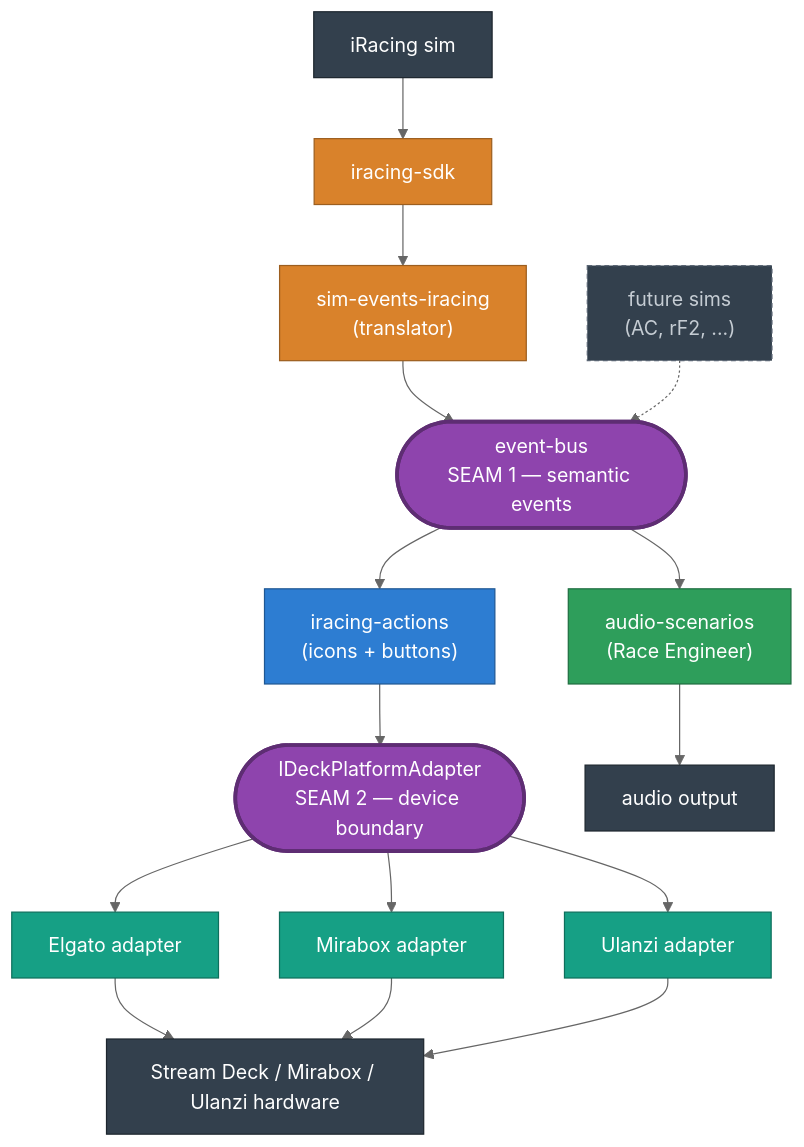
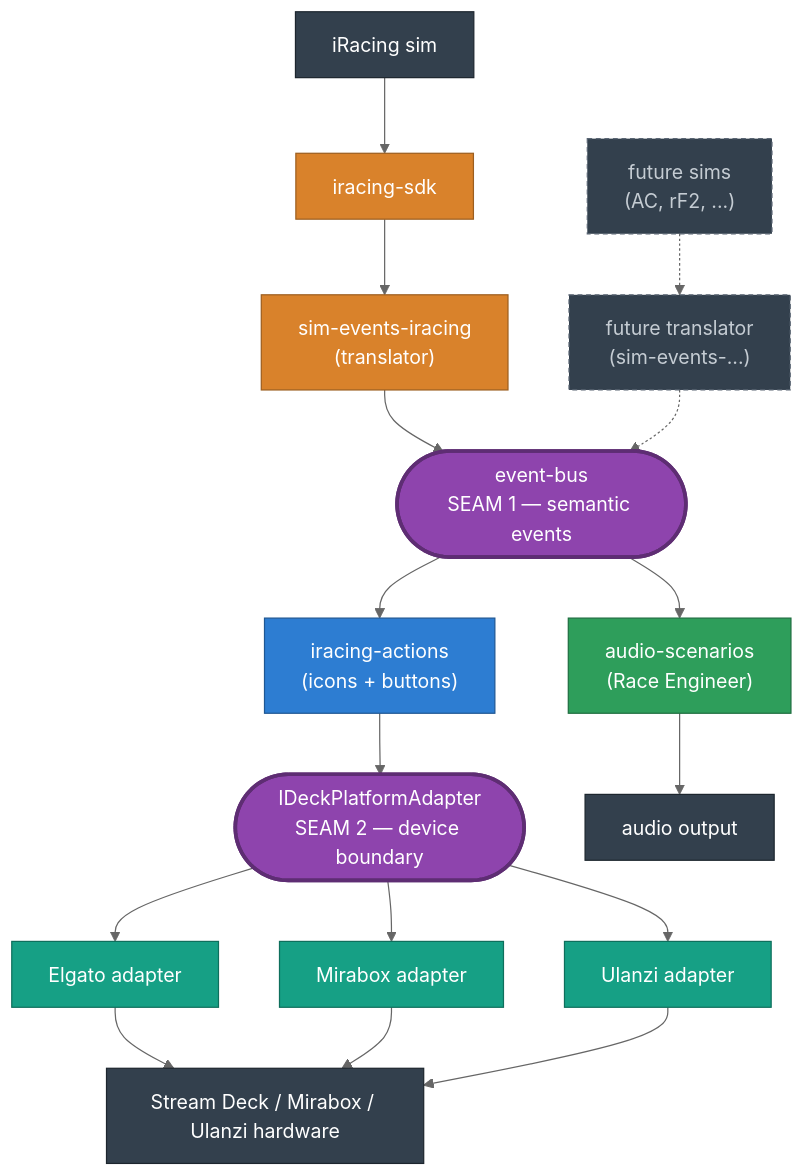
The first of 5 diagrams in packages/website/src/content/docs/docs/development/architecture.md (niklam/iracedeck), drawn with Mermaid (neutral theme) before and after one commit.

Commit message:
docs(website): route future-sims through a placeholder translator in the overview diagram (#712)

````diff
--- a/packages/website/src/content/docs/docs/development/architecture.md
+++ b/packages/website/src/content/docs/docs/development/architecture.md
@@ -12,39 +12,41 @@
 ```mermaid
 flowchart TB
   ir["iRacing sim"]:::ext
   future["future sims<br/>(AC, rF2, ...)"]:::ghost
+  futureTrans["future translator<br/>(sim-events-...)"]:::ghost
   sdk["iracing-sdk"]:::sim
   trans["sim-events-iracing<br/>(translator)"]:::sim
   bus(["event-bus<br/>SEAM 1 — semantic events"]):::seam
   actions["iracing-actions<br/>(icons + buttons)"]:::core
   re["audio-scenarios<br/>(Race Engineer)"]:::audio
   adapter(["IDeckPlatformAdapter<br/>SEAM 2 — device boundary"]):::seam
   elg["Elgato adapter"]:::adp
   mir["Mirabox adapter"]:::adp
   ula["Ulanzi adapter"]:::adp
   deck["Stream Deck / Mirabox / Ulanzi hardware"]:::ext
   spk["audio output"]:::ext
 
   ir --> sdk
   sdk --> trans
   trans --> bus
-  future -.-> bus
+  future -.-> futureTrans
+  futureTrans -.-> bus
   bus --> actions
   bus --> re
   actions --> adapter
   adapter --> elg
   adapter --> mir
   adapter --> ula
   elg --> deck
   mir --> deck
   ula --> deck
   re --> spk
 
   classDef ext fill:#33404d,color:#fff,stroke:#1d262e;
   classDef ghost fill:#33404d,color:#c5ccd3,stroke:#5a6573,stroke-dasharray:4 3;
   classDef sim fill:#d9822b,color:#fff,stroke:#9c5e1f;
   classDef seam fill:#8e44ad,color:#fff,stroke:#5e2d73,stroke-width:3px;
   classDef core fill:#2d7dd2,color:#fff,stroke:#1f5793;
   classDef audio fill:#2e9e5b,color:#fff,stroke:#1f6e40;
   classDef adp fill:#16a085,color:#fff,stroke:#0e6f5c;
 ```
````
